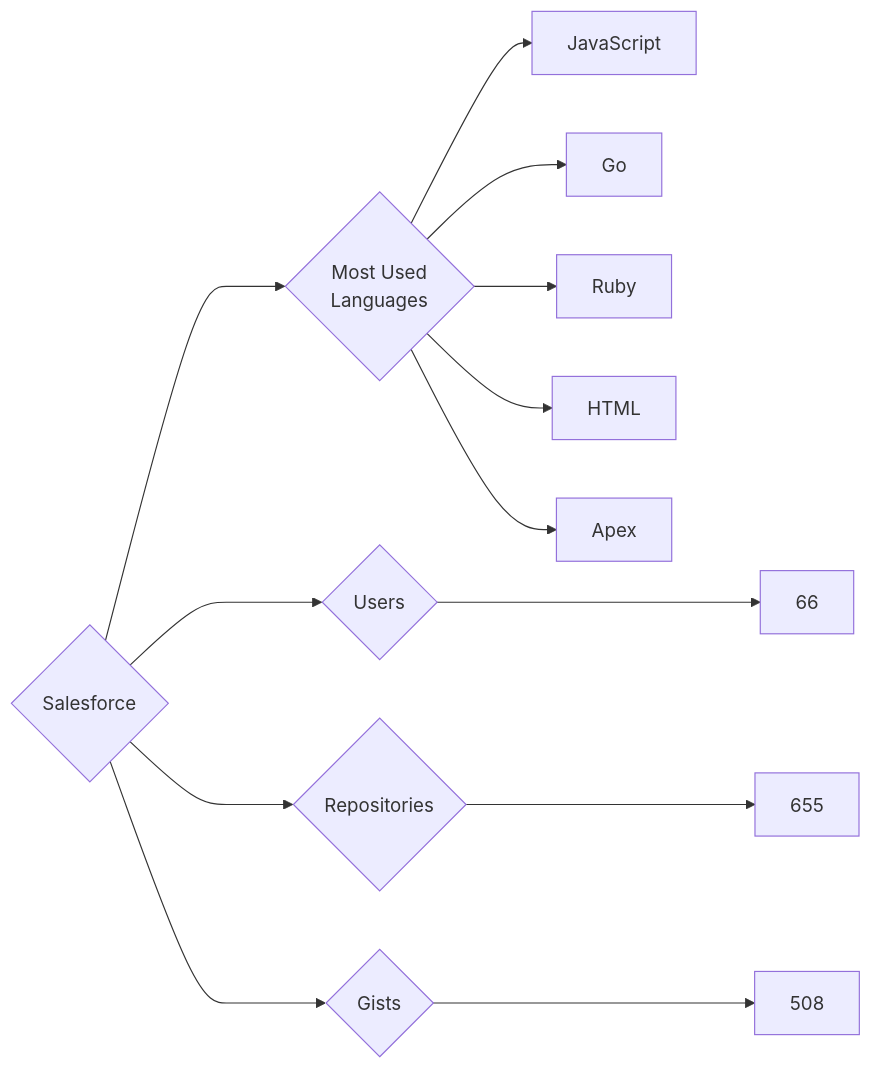
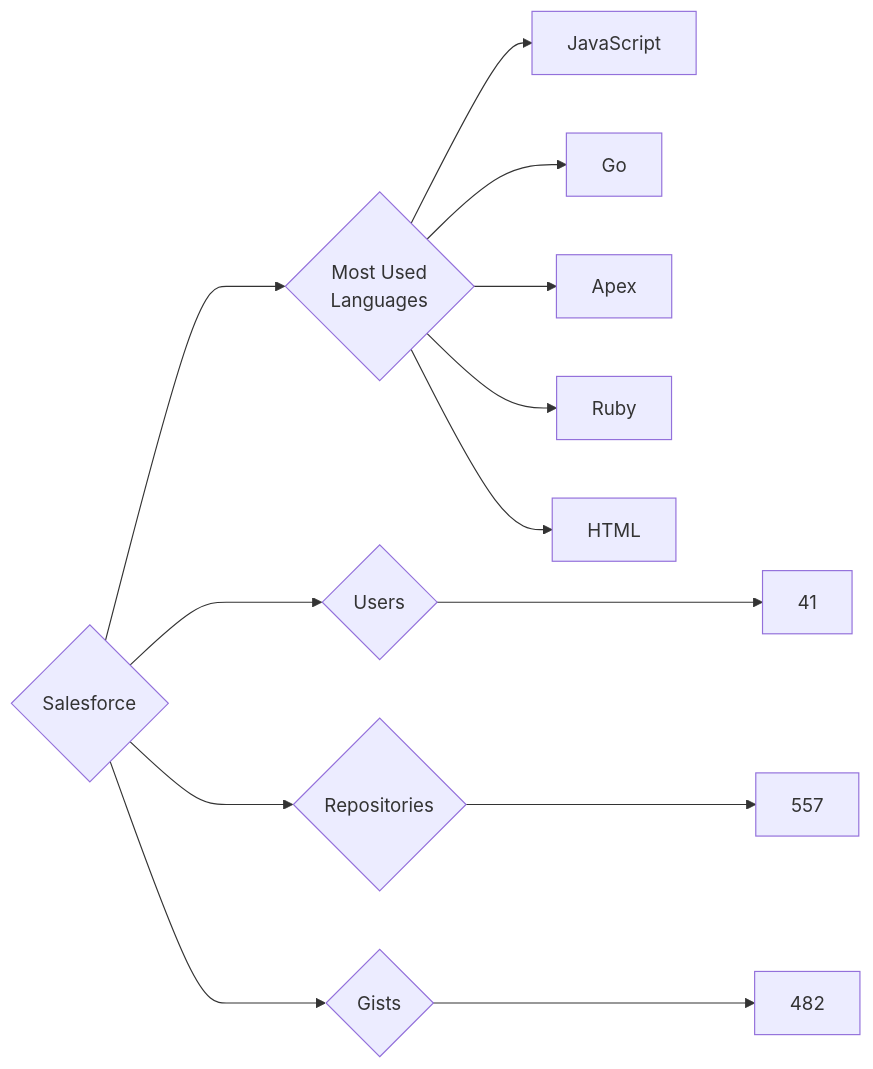
The diagram in targets/Salesforce/README.md (trickest/insiders), drawn with Mermaid before and after one commit. The commit also changed 878 other files, not shown here.

````diff
--- a/targets/Salesforce/README.md
+++ b/targets/Salesforce/README.md
@@ -3,13 +3,13 @@
 ```mermaid
 graph LR
 COMPANY_NAME{Salesforce}
-COMPANY_NAME ---> U{Users} ---> UN[66]
-COMPANY_NAME ---> R{Repositories} ---> RN[655]
-COMPANY_NAME ---> G{Gists} ---> GN[508]
+COMPANY_NAME ---> U{Users} ---> UN[41]
+COMPANY_NAME ---> R{Repositories} ---> RN[557]
+COMPANY_NAME ---> G{Gists} ---> GN[482]
 COMPANY_NAME ---> ML{Most Used<br>Languages}
 ML --> JavaScript[JavaScript]
 ML --> Go[Go]
+ML --> Apex[Apex]
 ML --> Ruby[Ruby]
 ML --> HTML[HTML]
-ML --> Apex[Apex]
 ```
````
